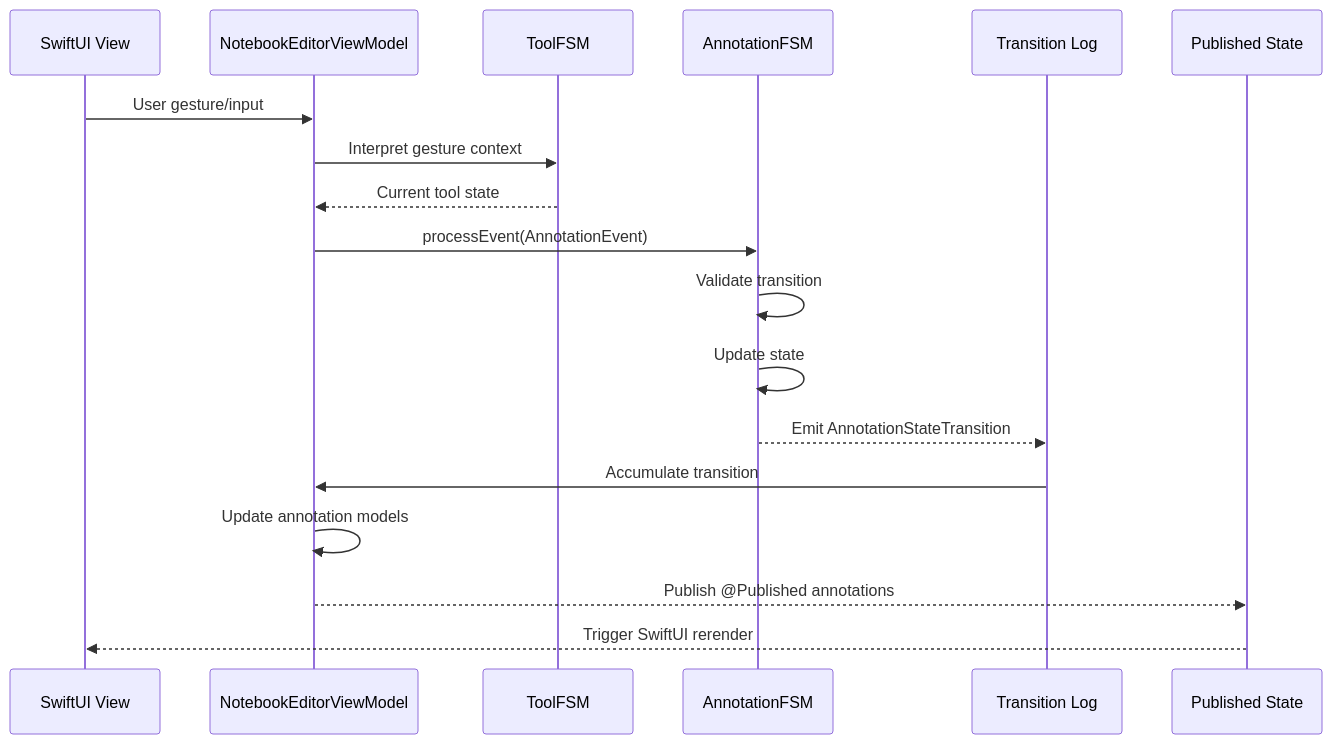
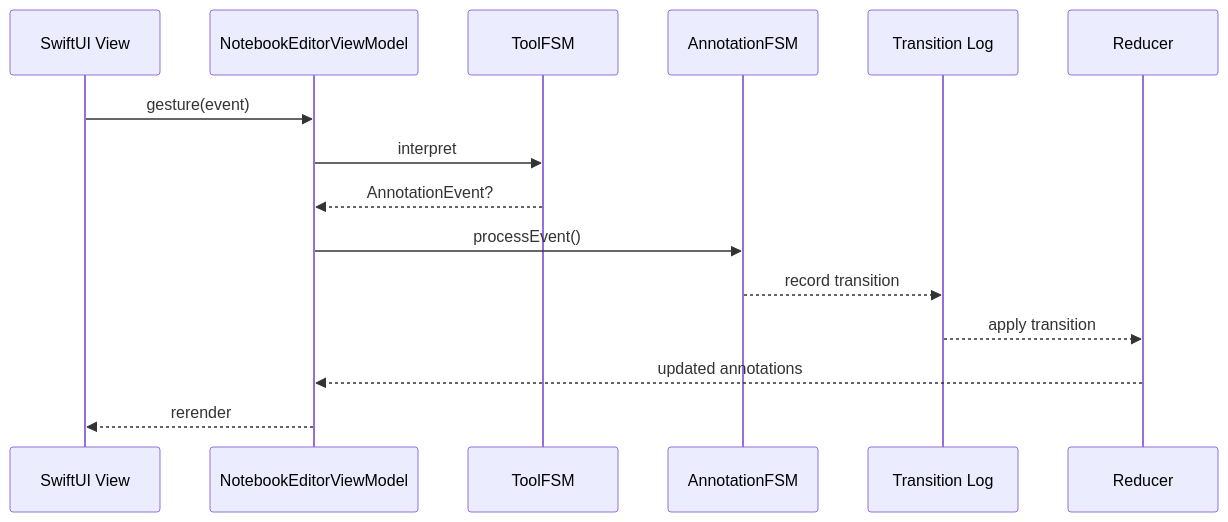
Before and after one commit to Mikedan37/DocumentExampleApp: the fourth of 4 diagrams in README.md, drawn with Mermaid. The commit also changed other lines of this file, not shown here.

````diff
--- a/README.md
+++ b/README.md
@@ -189,21 +141,18 @@
 ```mermaid
 sequenceDiagram
     participant View as SwiftUI View
     participant ViewModel as NotebookEditorViewModel
     participant ToolFSM as ToolFSM
     participant AnnotationFSM as AnnotationFSM
     participant TransitionLog as Transition Log
-    participant State as Published State
+    participant Reducer as Reducer
     
-    View->>ViewModel: User gesture/input
-    ViewModel->>ToolFSM: Interpret gesture context
-    ToolFSM-->>ViewModel: Current tool state
-    ViewModel->>AnnotationFSM: processEvent(AnnotationEvent)
-    AnnotationFSM->>AnnotationFSM: Validate transition
-    AnnotationFSM->>AnnotationFSM: Update state
-    AnnotationFSM-->>TransitionLog: Emit AnnotationStateTransition
-    TransitionLog->>ViewModel: Accumulate transition
-    ViewModel->>ViewModel: Update annotation models
-    ViewModel-->>State: Publish @Published annotations
-    State-->>View: Trigger SwiftUI rerender
+    View->>ViewModel: gesture(event)
+    ViewModel->>ToolFSM: interpret
+    ToolFSM-->>ViewModel: AnnotationEvent?
+    ViewModel->>AnnotationFSM: processEvent()
+    AnnotationFSM-->>TransitionLog: record transition
+    TransitionLog-->>Reducer: apply transition
+    Reducer-->>ViewModel: updated annotations
+    ViewModel-->>View: rerender
 ```
````
